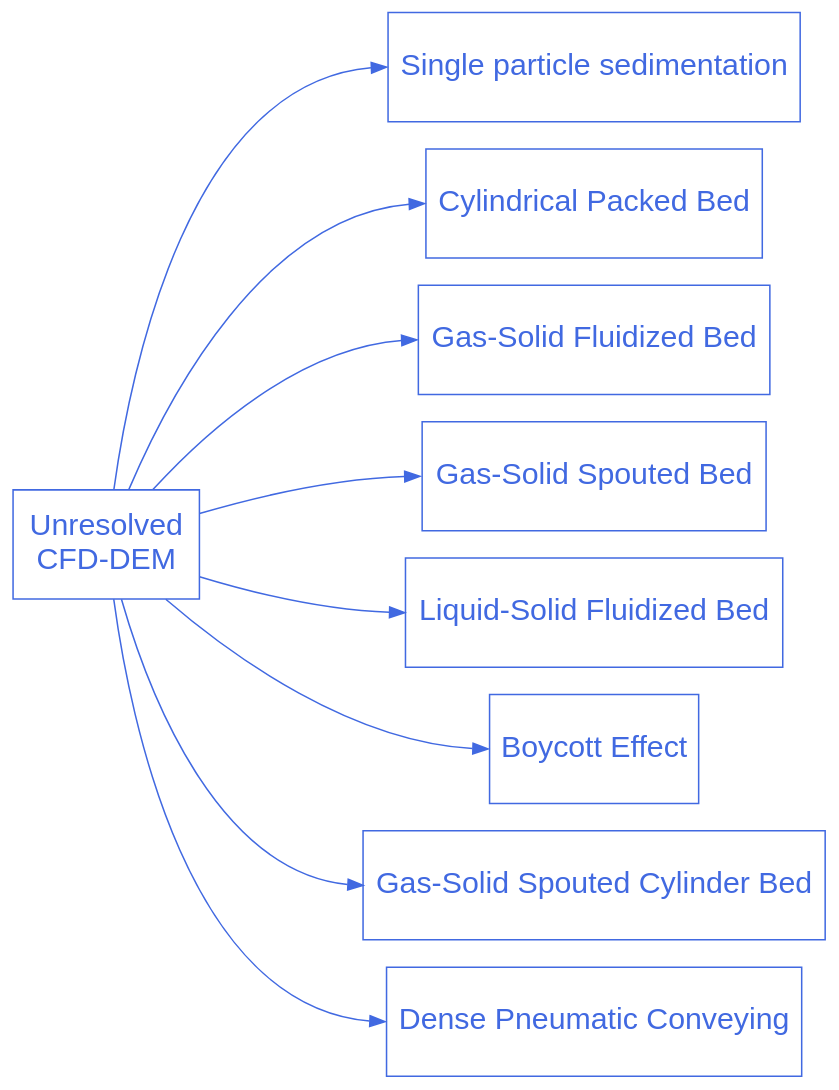
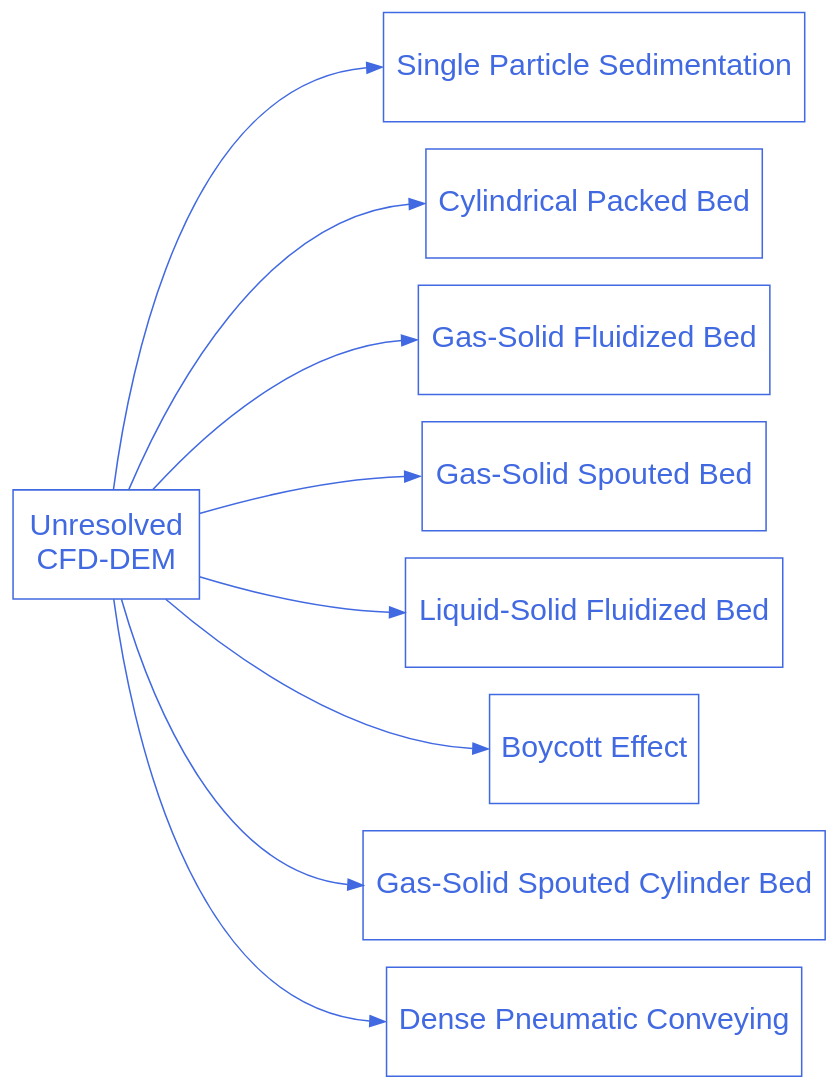
Before and after one commit to chaos-polymtl/lethe: the diagram in doc/source/examples/unresolved-cfd-dem/unresolved-cfd-dem.rst, drawn with Graphviz. The commit also changed 9 other files, not shown here.

```diff
--- a/doc/source/examples/unresolved-cfd-dem/unresolved-cfd-dem.rst
+++ b/doc/source/examples/unresolved-cfd-dem/unresolved-cfd-dem.rst
@@ -21,36 +21,36 @@
 .. graphviz:: 
 
     digraph unresolved_cfd_dem_diagram {
       graph [bgcolor="transparent", align=true, ranksep=1.5];
       node [fontname=Arial, fontsize=20, shape=box, fontcolor=royalblue, color=royalblue, height=1];
       edge [color=royalblue];
       rankdir="LR";
       size = "9,9";
 
       unresolved_cfd_dem [label="Unresolved \nCFD-DEM", href="https://chaos-polymtl.github.io/lethe/documentation/examples/unresolved-cfd-dem/unresolved-cfd-dem.html"];
 
-      cfd_dem_1 [label="Single particle sedimentation", href="https://chaos-polymtl.github.io/lethe/documentation/examples/unresolved-cfd-dem/single-particle-sedimentation/single-particle-sedimentation.html"];
+      cfd_dem_1 [label="Single Particle Sedimentation", href="https://chaos-polymtl.github.io/lethe/documentation/examples/unresolved-cfd-dem/single-particle-sedimentation/single-particle-sedimentation.html"];
 
       cfd_dem_2 [label="Cylindrical Packed Bed", href="https://chaos-polymtl.github.io/lethe/documentation/examples/unresolved-cfd-dem/cylindrical-packed-bed/cylindrical-packed-bed.html"];
 
       cfd_dem_3 [label="Gas-Solid Fluidized Bed", href="https://chaos-polymtl.github.io/lethe/documentation/examples/unresolved-cfd-dem/gas-solid-fluidized-bed/gas-solid-fluidized-bed.html"];
 
       cfd_dem_4 [label="Gas-Solid Spouted Bed", href="https://chaos-polymtl.github.io/lethe/documentation/examples/unresolved-cfd-dem/gas-solid-spouted-bed/gas-solid-spouted-bed.html"];
 
       cfd_dem_5 [label="Liquid-Solid Fluidized Bed", href="https://chaos-polymtl.github.io/lethe/documentation/examples/unresolved-cfd-dem/liquid-solid-fluidized-bed/liquid-solid-fluidized-bed.html"];
 
       cfd_dem_6 [label="Boycott Effect", href="https://chaos-polymtl.github.io/lethe/documentation/examples/unresolved-cfd-dem/boycott-effect/boycott-effect.html"];
 
       cfd_dem_7 [label="Gas-Solid Spouted Cylinder Bed", href="https://chaos-polymtl.github.io/lethe/documentation/examples/unresolved-cfd-dem/gas-solid-spouted-cylinder-bed/gas-solid-spouted-cylinder-bed.html"];
 
       cfd_dem_8 [label="Dense Pneumatic Conveying", href="https://chaos-polymtl.github.io/lethe/documentation/examples/unresolved-cfd-dem/dense-pneumatic-conveying/dense-pneumatic-conveying.html"];
 
       unresolved_cfd_dem -> cfd_dem_1:w;
       unresolved_cfd_dem -> cfd_dem_2:w;
       unresolved_cfd_dem -> cfd_dem_3:w;
       unresolved_cfd_dem -> cfd_dem_4:w;
       unresolved_cfd_dem -> cfd_dem_5:w;
       unresolved_cfd_dem -> cfd_dem_6:w;
       unresolved_cfd_dem -> cfd_dem_7:w;
       unresolved_cfd_dem -> cfd_dem_8:w;
     }
```
